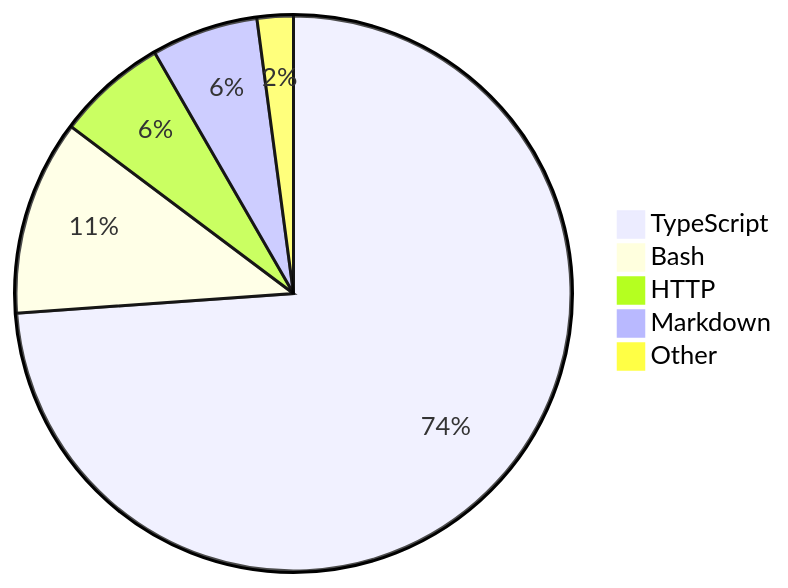
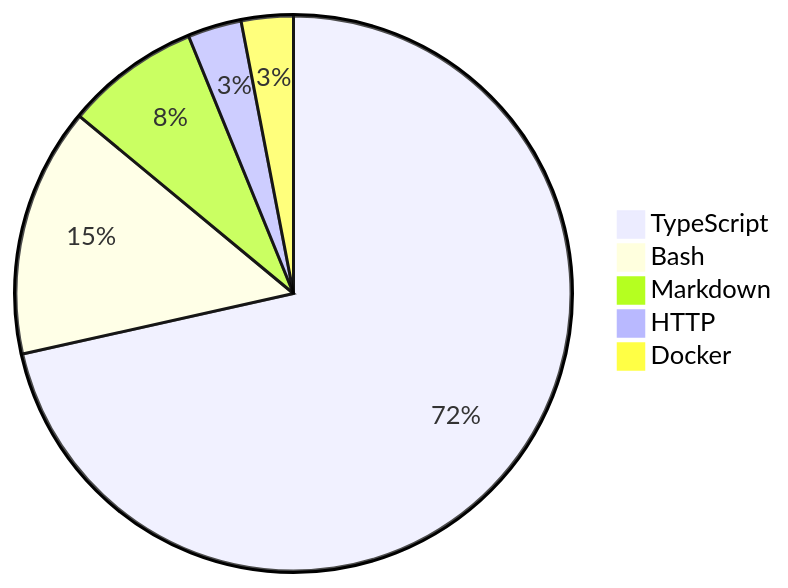
The diagram in README.md (skvggor/skvggor), drawn with Mermaid before and after one commit.

Commit message:
Updated waka-readme graph with new metrics

````diff
--- a/README.md
+++ b/README.md
@@ -16,8 +16,8 @@
 ```mermaid
 pie
-    "TypeScript" : 70.1
-    "Bash" : 10.8
-    "HTTP" : 6.1
-    "Markdown" : 5.9
-    "Other" : 2.0
+    "TypeScript" : 68.5
+    "Bash" : 13.9
+    "Markdown" : 7.5
+    "HTTP" : 3.0
+    "Docker" : 2.9
 ```
````
